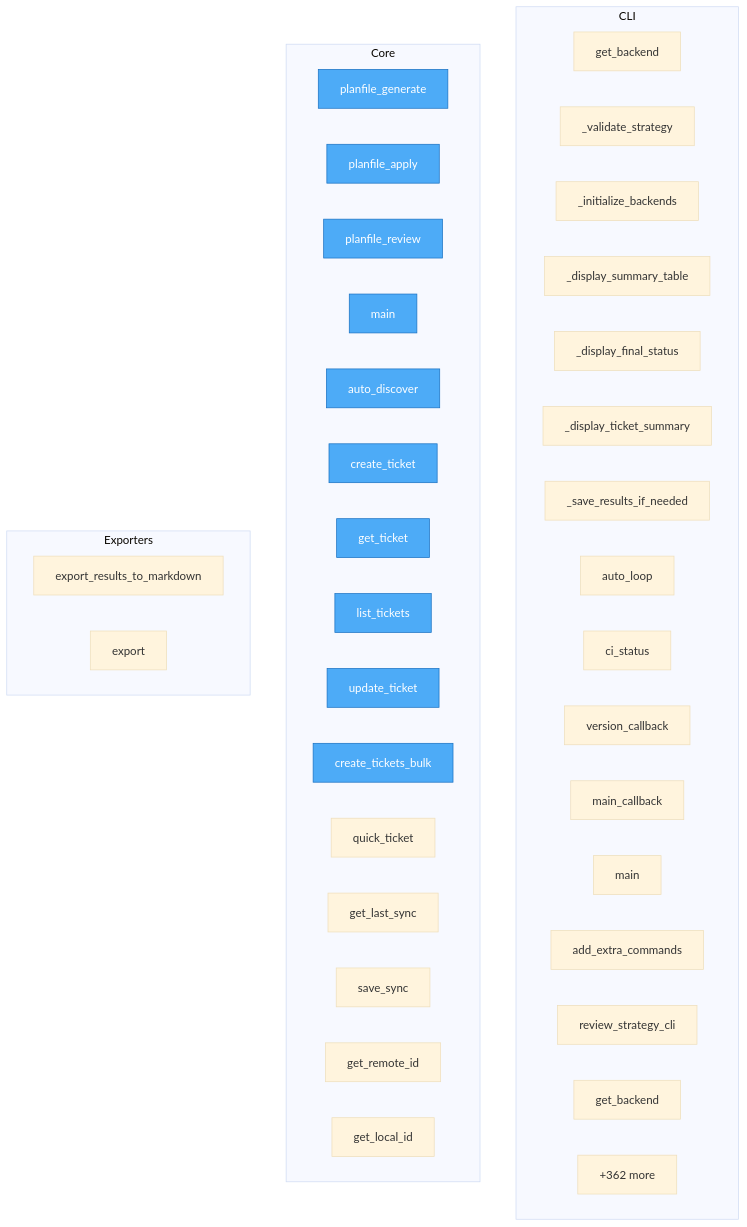
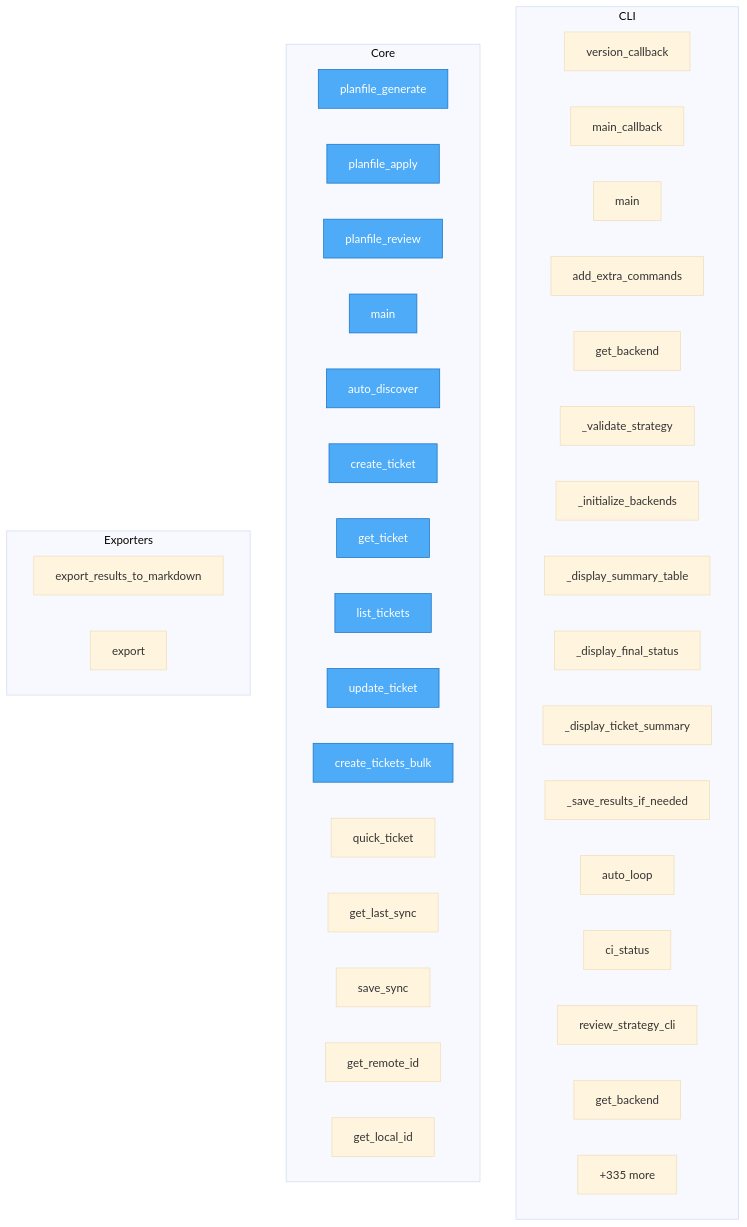
One commit to semcod/planfile changed the diagram in project/flow.mmd. Above: the diagram before and after it, drawn with Mermaid (base theme). The commit also changed 25 other files, not shown here.

```diff
--- a/project/flow.mmd
+++ b/project/flow.mmd
@@ -1,49 +1,49 @@
 flowchart TD
 
     %% Entry points (blue)
     classDef entry fill:#4dabf7,stroke:#1971c2,color:#fff
 
     subgraph CLI
+        planfile__cli__commands__version_callback["version_callback"]
+        planfile__cli__commands__main_callback["main_callback"]
+        planfile__cli__commands__main["main"]
+        planfile__cli__extra_commands__add_extra_commands["add_extra_commands"]
         planfile__cli__auto_loop__get_backend["get_backend"]
         planfile__cli__auto_loop___validate_strategy["_validate_strategy"]
         planfile__cli__auto_loop___initialize_backends["_initialize_backends"]
         planfile__cli__auto_loop___display_summary_table["_display_summary_table"]
         planfile__cli__auto_loop___display_final_status["_display_final_status"]
         planfile__cli__auto_loop___display_ticket_summary["_display_ticket_summary"]
         planfile__cli__auto_loop___save_results_if_needed["_save_results_if_needed"]
         planfile__cli__auto_loop__auto_loop["auto_loop"]
         planfile__cli__auto_loop__ci_status["ci_status"]
-        planfile__cli__commands__version_callback["version_callback"]
-        planfile__cli__commands__main_callback["main_callback"]
-        planfile__cli__commands__main["main"]
-        planfile__cli__extra_commands__add_extra_commands["add_extra_commands"]
         planfile__cli__cmd__cmd_review__review_strategy_cli["review_strategy_cli"]
         planfile__cli__cmd__cmd_utils__get_backend["get_backend"]
-        ...["+30 more"]
+        ...["+39 more"]
     end
 
     subgraph Core
         mcp_server_example__planfile_generate["planfile_generate"]
         mcp_server_example__planfile_apply["planfile_apply"]
         mcp_server_example__planfile_review["planfile_review"]
         mcp_server_example__main["main"]
         planfile__Planfile__auto_discover["auto_discover"]
         planfile__Planfile__create_ticket["create_ticket"]
         planfile__Planfile__get_ticket["get_ticket"]
         planfile__Planfile__list_tickets["list_tickets"]
         planfile__Planfile__update_ticket["update_ticket"]
         planfile__Planfile__create_tickets_bulk["create_tickets_bulk"]
         planfile__quick_ticket["quick_ticket"]
         planfile__sync__state__SyncState__get_last_sync["get_last_sync"]
         planfile__sync__state__SyncState__save_sync["save_sync"]
         planfile__sync__state__SyncState__get_remote_id["get_remote_id"]
         planfile__sync__state__SyncState__get_local_id["get_local_id"]
-        ...["+362 more"]
+        ...["+335 more"]
     end
 
     subgraph Exporters
         planfile__loaders__cli_loader__export_results_to_markdown["export_results_to_markdown"]
         planfile__core__models__Strategy__export["export"]
     end
 
     class mcp_server_example__planfile_generate,mcp_server_example__planfile_apply,mcp_server_example__planfile_review,mcp_server_example__main,planfile__Planfile__auto_discover,planfile__Planfile__create_ticket,planfile__Planfile__get_ticket,planfile__Planfile__list_tickets,planfile__Planfile__update_ticket,planfile__Planfile__create_tickets_bulk entry
```
